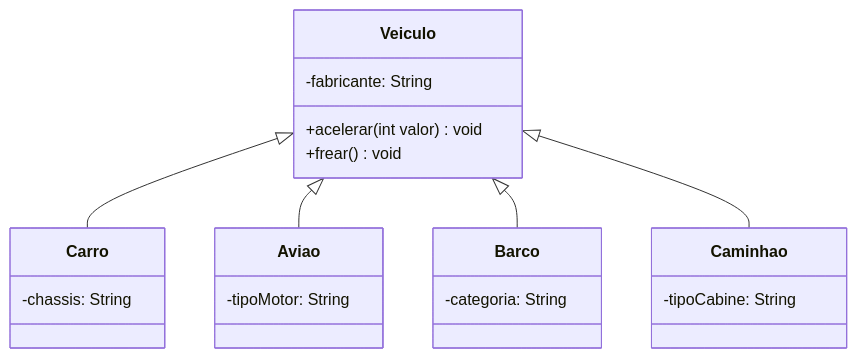
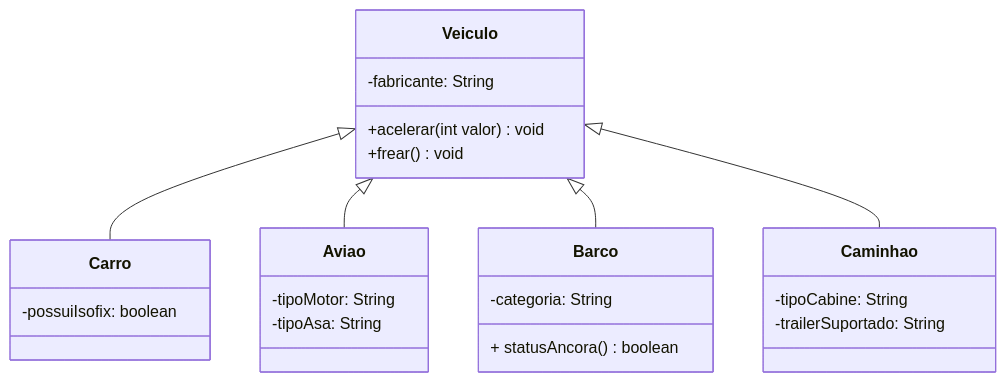
Before and after one commit to zEduardoxSD/POO: the first of 2 diagrams in aulas/2026-10-14-aula/readme.md, drawn with Mermaid. The commit also changed other lines of this file and 25 other files, not shown here.

````diff
--- a/aulas/2026-10-14-aula/readme.md
+++ b/aulas/2026-10-14-aula/readme.md
@@ -2,24 +2,27 @@
 ```mermaid
     classDiagram
         class Veiculo{
             -fabricante: String
             +acelerar(int valor) void
             +frear() void
         }
         class Carro{
-            -chassis: String
+            -possuiIsofix: boolean
         }
         class Aviao{
             -tipoMotor: String
+            -tipoAsa: String
         }
         class  Barco{
             -categoria: String
+            + statusAncora() boolean
         }
         class Caminhao{
             -tipoCabine: String
+            -trailerSuportado: String
         }
     Veiculo<|-- Carro
     Veiculo<|-- Aviao
     Veiculo<|-- Barco
     Veiculo<|-- Caminhao
 ```
````
